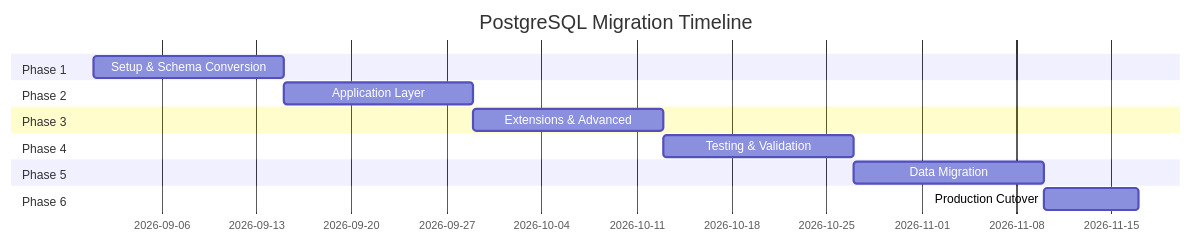
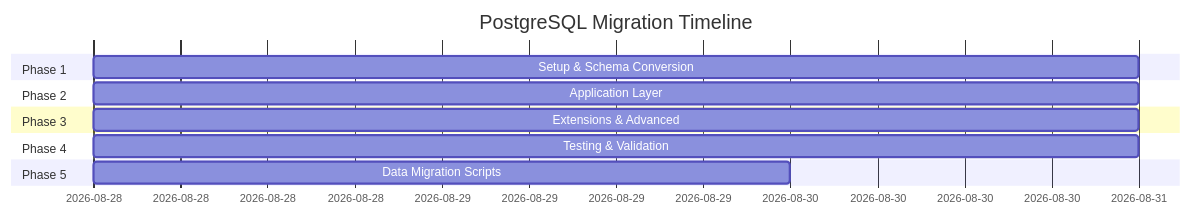
One commit to FrancKINANI/ai-investment-agent changed the diagram in docs/architecture/postgresql-migration-plan.md. Above: the diagram before and after it, drawn with Mermaid. The commit also changed other lines of this file, not shown here.

First line of the commit message:
docs: complete migration plan, remove Phase 6

````diff
--- a/docs/architecture/postgresql-migration-plan.md
+++ b/docs/architecture/postgresql-migration-plan.md
@@ -478,17 +428,15 @@
 ```mermaid
 gantt
     title PostgreSQL Migration Timeline
     dateFormat  YYYY-MM-DD
     section Phase 1
-    Setup & Schema Conversion    :2026-09-01, 14d
+    Setup & Schema Conversion    :2026-08-28, 3d
     section Phase 2
-    Application Layer           :2026-09-15, 14d
+    Application Layer           :2026-08-28, 3d
     section Phase 3
-    Extensions & Advanced       :2026-09-29, 14d
+    Extensions & Advanced       :2026-08-28, 3d
     section Phase 4
-    Testing & Validation        :2026-10-13, 14d
+    Testing & Validation        :2026-08-28, 3d
     section Phase 5
-    Data Migration              :2026-10-27, 14d
-    section Phase 6
-    Production Cutover          :2026-11-10, 7d
+    Data Migration Scripts      :2026-08-28, 2d
 ```
````
